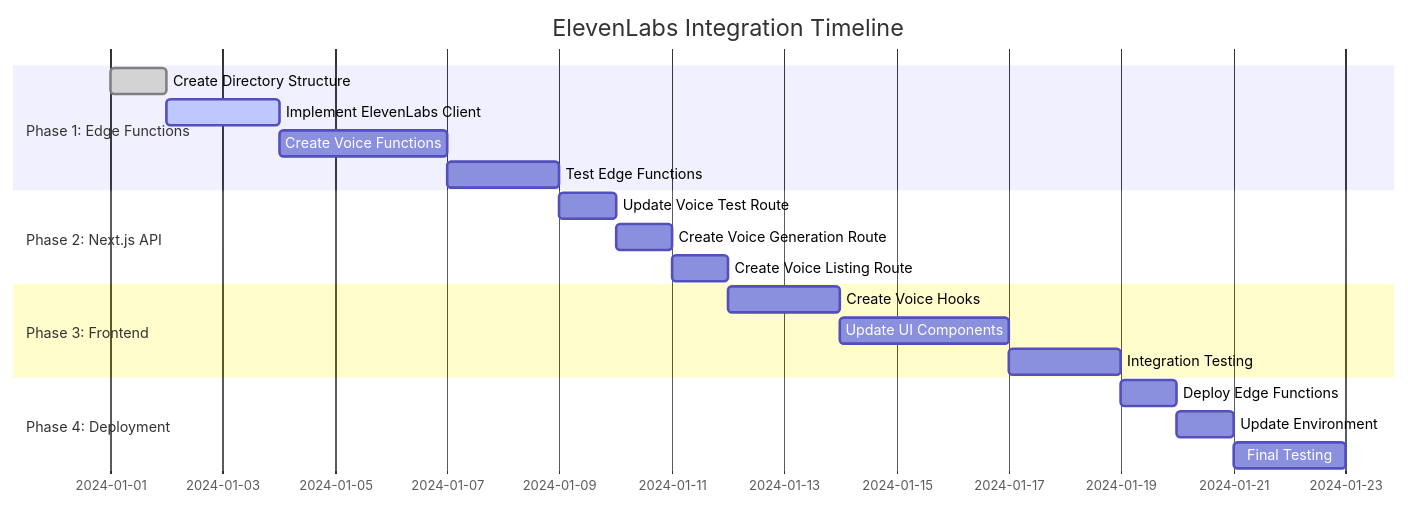
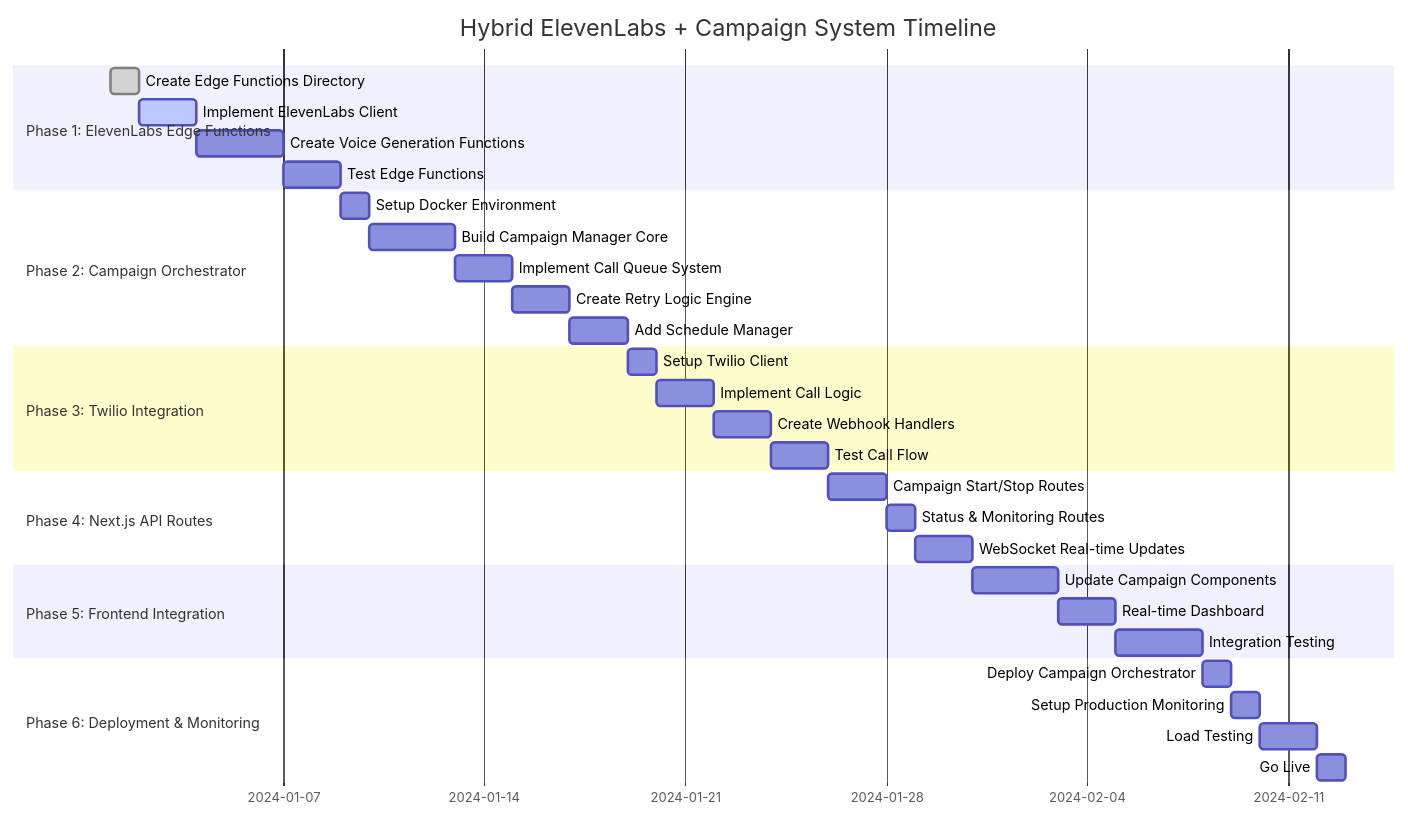
Before and after one commit to callhenk/henk: the tenth of 12 diagrams in docs/elevenlabs-architecture.md, drawn with Mermaid. The commit also changed other lines of this file, not shown here.

First line of the commit message:
Update ElevenLabs architecture documentation to reflect hybrid system design

````diff
--- a/docs/elevenlabs-architecture.md
+++ b/docs/elevenlabs-architecture.md
@@ -226,25 +424,40 @@
 ```mermaid
 gantt
-    title ElevenLabs Integration Timeline
+    title Hybrid ElevenLabs + Campaign System Timeline
     dateFormat  YYYY-MM-DD
-    section Phase 1: Edge Functions
-    Create Directory Structure    :done, p1, 2024-01-01, 1d
-    Implement ElevenLabs Client  :active, p2, 2024-01-02, 2d
-    Create Voice Functions       :p3, 2024-01-04, 3d
-    Test Edge Functions          :p4, 2024-01-07, 2d
 
-    section Phase 2: Next.js API
-    Update Voice Test Route      :p5, 2024-01-09, 1d
-    Create Voice Generation Route :p6, 2024-01-10, 1d
-    Create Voice Listing Route   :p7, 2024-01-11, 1d
+    section Phase 1: ElevenLabs Edge Functions
+    Create Edge Functions Directory    :done, p1, 2024-01-01, 1d
+    Implement ElevenLabs Client       :active, p2, 2024-01-02, 2d
+    Create Voice Generation Functions :p3, 2024-01-04, 3d
+    Test Edge Functions              :p4, 2024-01-07, 2d
 
-    section Phase 3: Frontend
-    Create Voice Hooks          :p8, 2024-01-12, 2d
-    Update UI Components        :p9, 2024-01-14, 3d
-    Integration Testing         :p10, 2024-01-17, 2d
+    section Phase 2: Campaign Orchestrator
+    Setup Docker Environment         :p5, 2024-01-09, 1d
+    Build Campaign Manager Core      :p6, 2024-01-10, 3d
+    Implement Call Queue System      :p7, 2024-01-13, 2d
+    Create Retry Logic Engine        :p8, 2024-01-15, 2d
+    Add Schedule Manager             :p9, 2024-01-17, 2d
 
-    section Phase 4: Deployment
-    Deploy Edge Functions       :p11, 2024-01-19, 1d
-    Update Environment          :p12, 2024-01-20, 1d
-    Final Testing              :p13, 2024-01-21, 2d
+    section Phase 3: Twilio Integration
+    Setup Twilio Client             :p10, 2024-01-19, 1d
+    Implement Call Logic            :p11, 2024-01-20, 2d
+    Create Webhook Handlers         :p12, 2024-01-22, 2d
+    Test Call Flow                  :p13, 2024-01-24, 2d
+
+    section Phase 4: Next.js API Routes
+    Campaign Start/Stop Routes      :p14, 2024-01-26, 2d
+    Status & Monitoring Routes      :p15, 2024-01-28, 1d
+    WebSocket Real-time Updates     :p16, 2024-01-29, 2d
+
+    section Phase 5: Frontend Integration
+    Update Campaign Components      :p17, 2024-01-31, 3d
+    Real-time Dashboard            :p18, 2024-02-03, 2d
+    Integration Testing            :p19, 2024-02-05, 3d
+
+    section Phase 6: Deployment & Monitoring
+    Deploy Campaign Orchestrator    :p20, 2024-02-08, 1d
+    Setup Production Monitoring     :p21, 2024-02-09, 1d
+    Load Testing                    :p22, 2024-02-10, 2d
+    Go Live                        :p23, 2024-02-12, 1d
 ```
````
